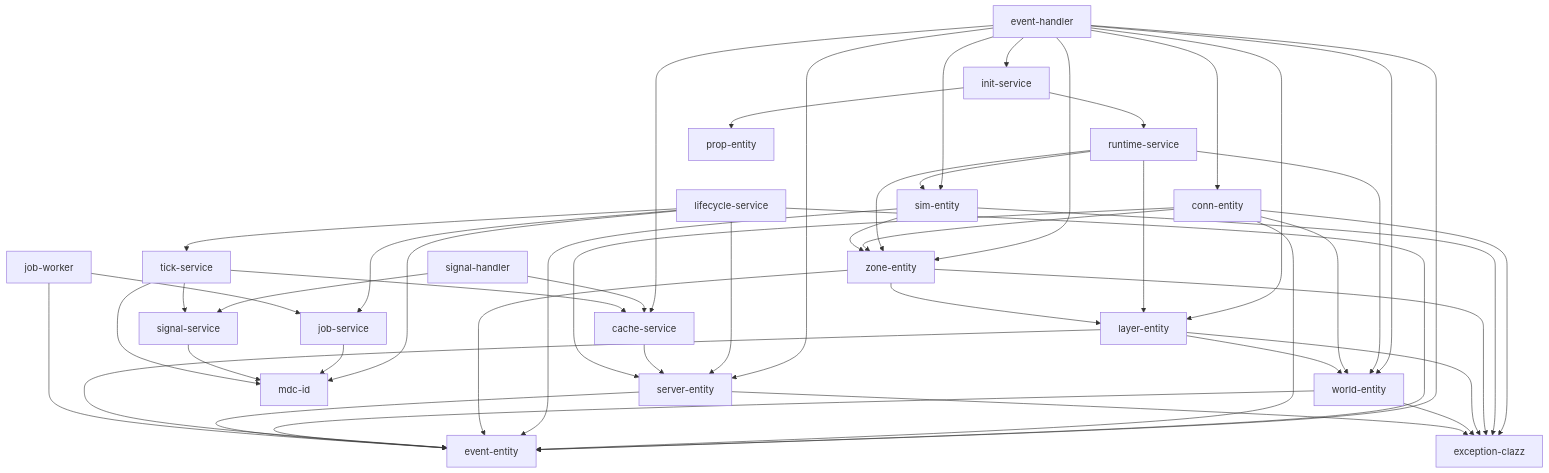
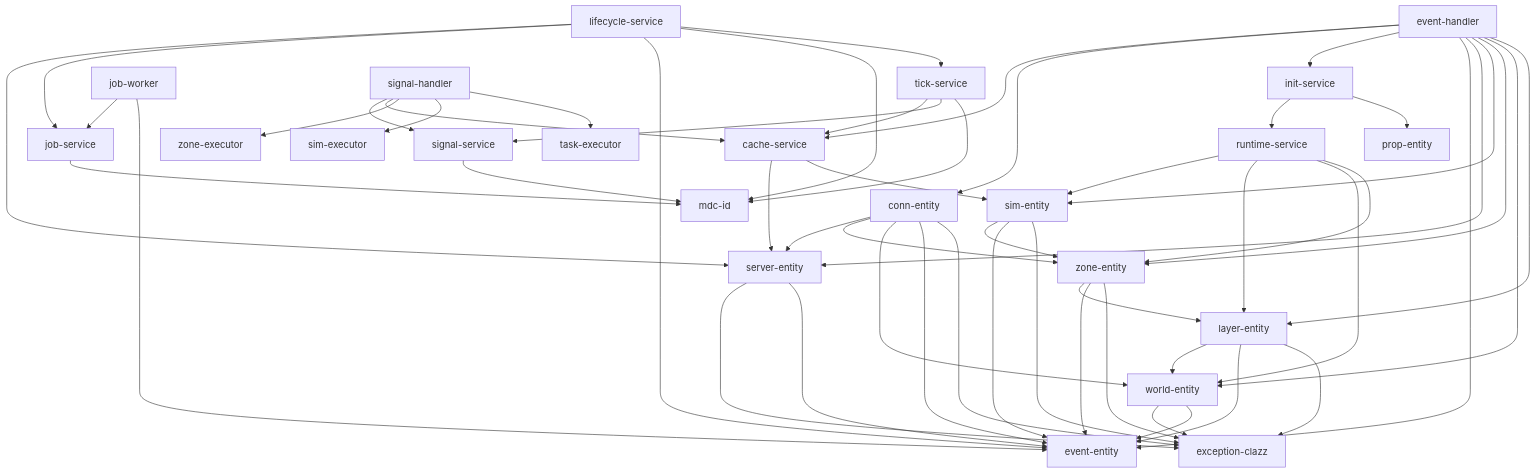
Before and after one commit to crionuke/omgcluster: the diagram in MODULES.md, drawn with Mermaid. The commit also changed 17 other files, not shown here.

First line of the commit message:
Move taskExecutor wrapping to TickHandler and introduce cached zone/sim records

````diff
--- a/MODULES.md
+++ b/MODULES.md
@@ -1,66 +1,70 @@
 ```mermaid
 graph TD
     event-handler --> cache-service
     event-handler --> conn-entity
     event-handler --> init-service
     event-handler --> event-entity
     event-handler --> server-entity
     event-handler --> sim-entity
     event-handler --> zone-entity
     event-handler --> world-entity
     event-handler --> layer-entity
 
     lifecycle-service --> server-entity
     lifecycle-service --> job-service
     lifecycle-service --> event-entity
     lifecycle-service --> mdc-id
     lifecycle-service --> tick-service
 
     init-service --> runtime-service
     init-service --> prop-entity
 
     cache-service --> server-entity
+    cache-service --> sim-entity
 
     runtime-service --> sim-entity
     runtime-service --> layer-entity
     runtime-service --> world-entity
     runtime-service --> zone-entity
 
     conn-entity --> server-entity
     conn-entity --> zone-entity
     conn-entity --> world-entity
     conn-entity --> event-entity
     conn-entity --> exception-clazz
 
     sim-entity --> zone-entity
     sim-entity --> event-entity
     sim-entity --> exception-clazz
 
     zone-entity --> layer-entity
     zone-entity --> event-entity
     zone-entity --> exception-clazz
 
     layer-entity --> world-entity
     layer-entity --> event-entity
     layer-entity --> exception-clazz
 
     world-entity --> exception-clazz
     world-entity --> event-entity
 
     server-entity --> exception-clazz
     server-entity --> event-entity
 
     job-service --> mdc-id
 
     job-worker --> job-service
     job-worker --> event-entity
 
     signal-handler --> signal-service
     signal-handler --> cache-service
+    signal-handler --> zone-executor
+    signal-handler --> sim-executor
+    signal-handler --> task-executor
 
     signal-service --> mdc-id
 
     tick-service --> cache-service
     tick-service --> signal-service
     tick-service --> mdc-id
 ```
````
